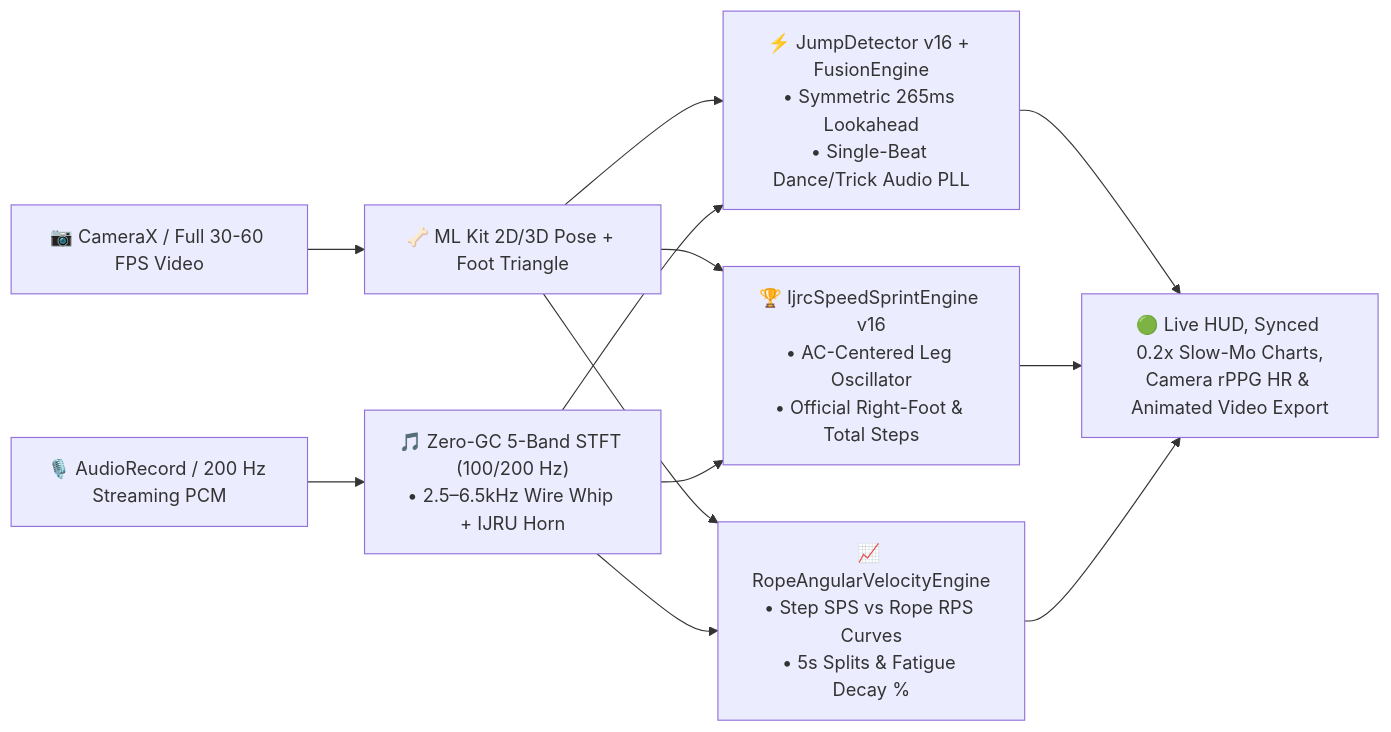
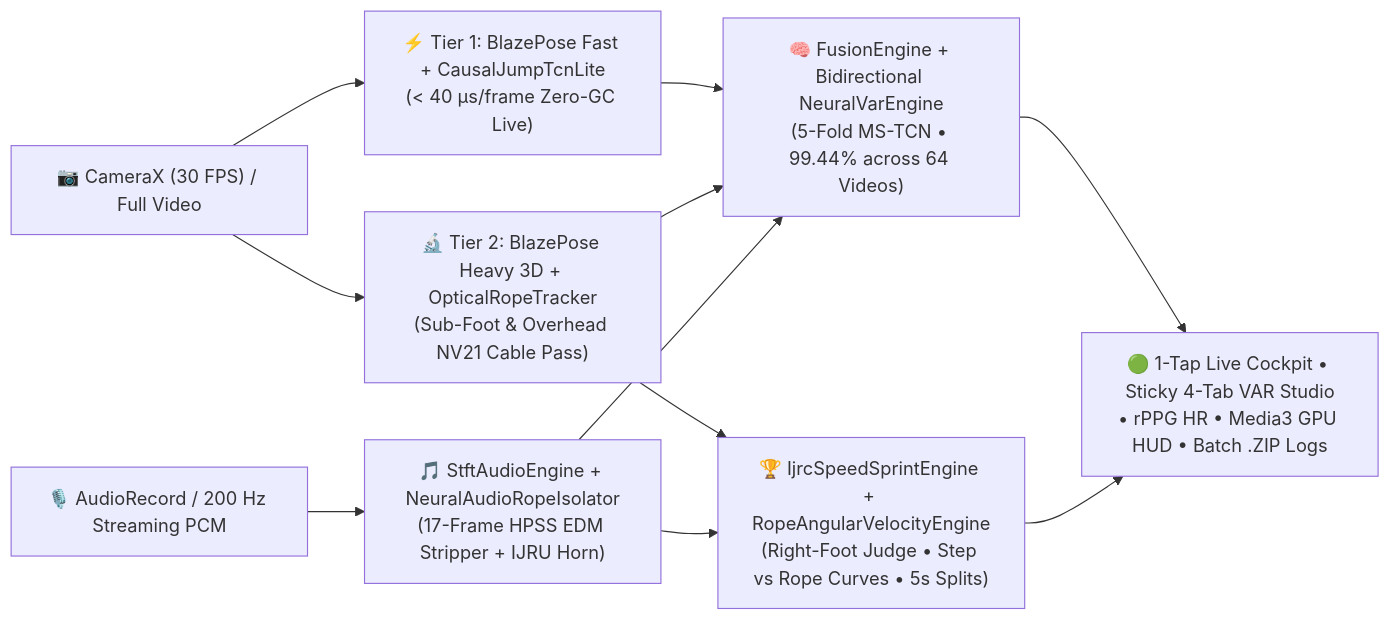
Before and after one commit to iganramdani/Jumpix: the diagram in README.md, drawn with Mermaid. The commit also changed other lines of this file and 30 other files, not shown here.

First line of the commit message:
feat(v7.0.0): AI Engine v17 Dual-Tier Neural VAR, Visual Rope Tracker, HPSS Audio & High-Usability Cockpit

````diff
--- a/README.md
+++ b/README.md
@@ -117,14 +118,13 @@
 ```mermaid
 flowchart LR
-    CAM["📷 CameraX / Full 30-60 FPS Video"] --> ML["🦴 ML Kit 2D/3D Pose + Foot Triangle"]
-    MIC["🎙️ AudioRecord / 200 Hz Streaming PCM"] --> STFT["🎵 Zero-GC 5-Band STFT (100/200 Hz)\n• 2.5–6.5kHz Wire Whip + IJRU Horn"]
-    ML --> JD["⚡ JumpDetector v16 + FusionEngine\n• Symmetric 265ms Lookahead\n• Single-Beat Dance/Trick Audio PLL"]
-    STFT --> JD
-    ML --> IJRC["🏆 IjrcSpeedSprintEngine v16\n• AC-Centered Leg Oscillator\n• Official Right-Foot & Total Steps"]
-    STFT --> IJRC
-    ML --> RV["📈 RopeAngularVelocityEngine\n• Step SPS vs Rope RPS Curves\n• 5s Splits & Fatigue Decay %"]
-    STFT --> RV
-    JD --> UI["🟢 Live HUD, Synced 0.2x Slow-Mo Charts,\nCamera rPPG HR & Animated Video Export"]
+    CAM["📷 CameraX (30 FPS) / Full Video"] --> T1["⚡ Tier 1: BlazePose Fast + CausalJumpTcnLite\n(< 40 µs/frame Zero-GC Live)"]
+    CAM --> T2["🔬 Tier 2: BlazePose Heavy 3D + OpticalRopeTracker\n(Sub-Foot & Overhead NV21 Cable Pass)"]
+    MIC["🎙️ AudioRecord / 200 Hz Streaming PCM"] --> HPSS["🎵 StftAudioEngine + NeuralAudioRopeIsolator\n(17-Frame HPSS EDM Stripper + IJRU Horn)"]
+    T1 --> FUS["🧠 FusionEngine + Bidirectional NeuralVarEngine\n(5-Fold MS-TCN • 99.44% across 64 Videos)"]
+    T2 --> FUS
+    HPSS --> FUS
+    T2 --> IJRC["🏆 IjrcSpeedSprintEngine + RopeAngularVelocityEngine\n(Right-Foot Judge • Step vs Rope Curves • 5s Splits)"]
+    HPSS --> IJRC
+    FUS --> UI["🟢 1-Tap Live Cockpit • Sticky 4-Tab VAR Studio\n• rPPG HR • Media3 GPU HUD • Batch .ZIP Logs"]
     IJRC --> UI
-    RV --> UI
 ```
````
